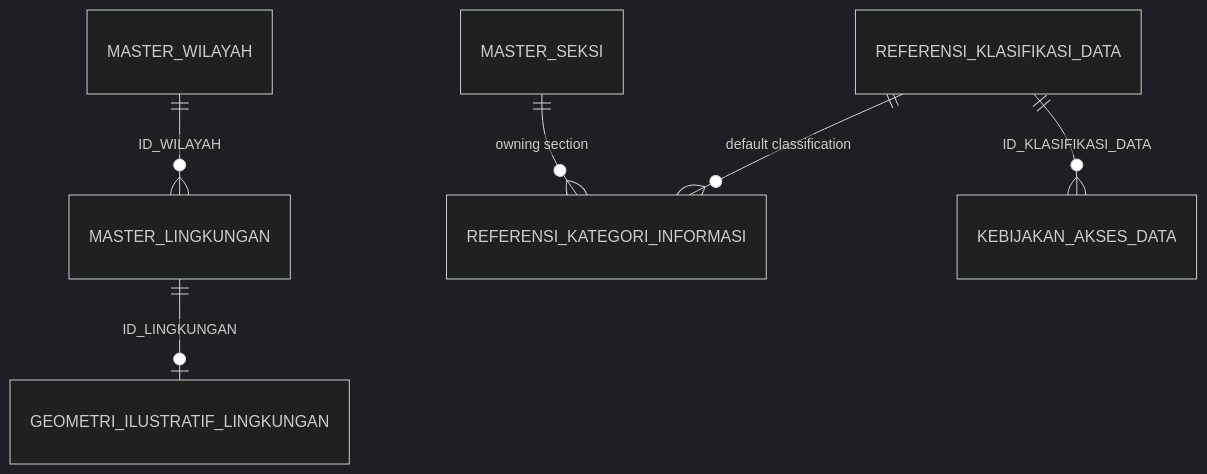
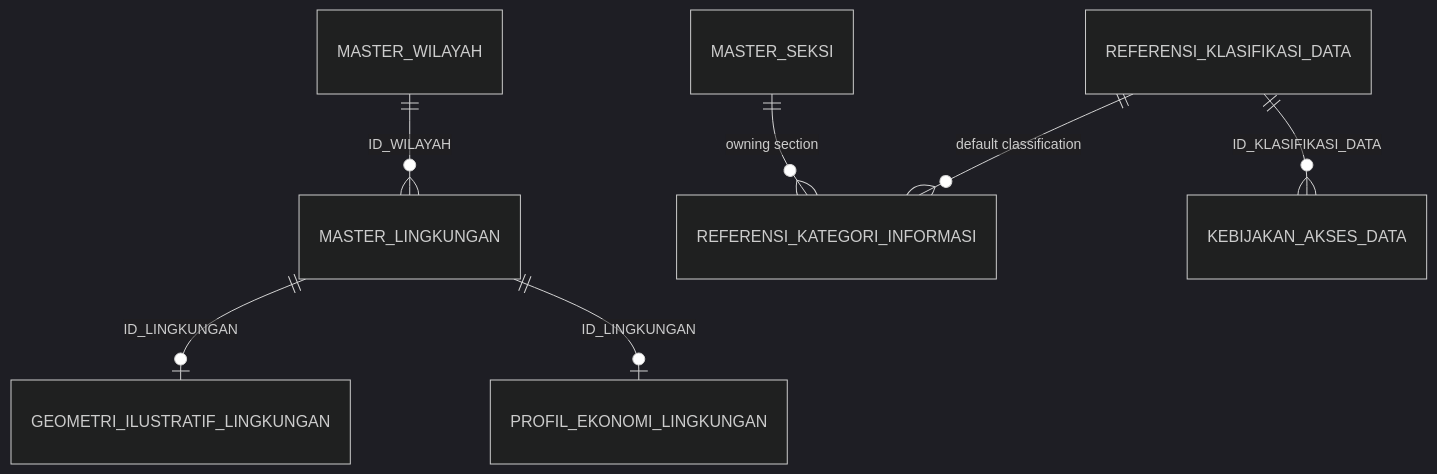
Before and after one commit to mizuruka92/church-activties: the first of 6 diagrams in docs/DATA_MODEL.md, drawn with Mermaid (dark theme). The commit also changed other lines of this file and 34 other files, not shown here.

````diff
--- a/docs/DATA_MODEL.md
+++ b/docs/DATA_MODEL.md
@@ -45,8 +45,9 @@
 ```mermaid
 erDiagram
     MASTER_WILAYAH ||--o{ MASTER_LINGKUNGAN : "ID_WILAYAH"
     MASTER_LINGKUNGAN ||--o| GEOMETRI_ILUSTRATIF_LINGKUNGAN : "ID_LINGKUNGAN"
+    MASTER_LINGKUNGAN ||--o| PROFIL_EKONOMI_LINGKUNGAN : "ID_LINGKUNGAN"
     REFERENSI_KLASIFIKASI_DATA ||--o{ REFERENSI_KATEGORI_INFORMASI : "default classification"
     MASTER_SEKSI ||--o{ REFERENSI_KATEGORI_INFORMASI : "owning section"
     REFERENSI_KLASIFIKASI_DATA ||--o{ KEBIJAKAN_AKSES_DATA : "ID_KLASIFIKASI_DATA"
 ```
````
